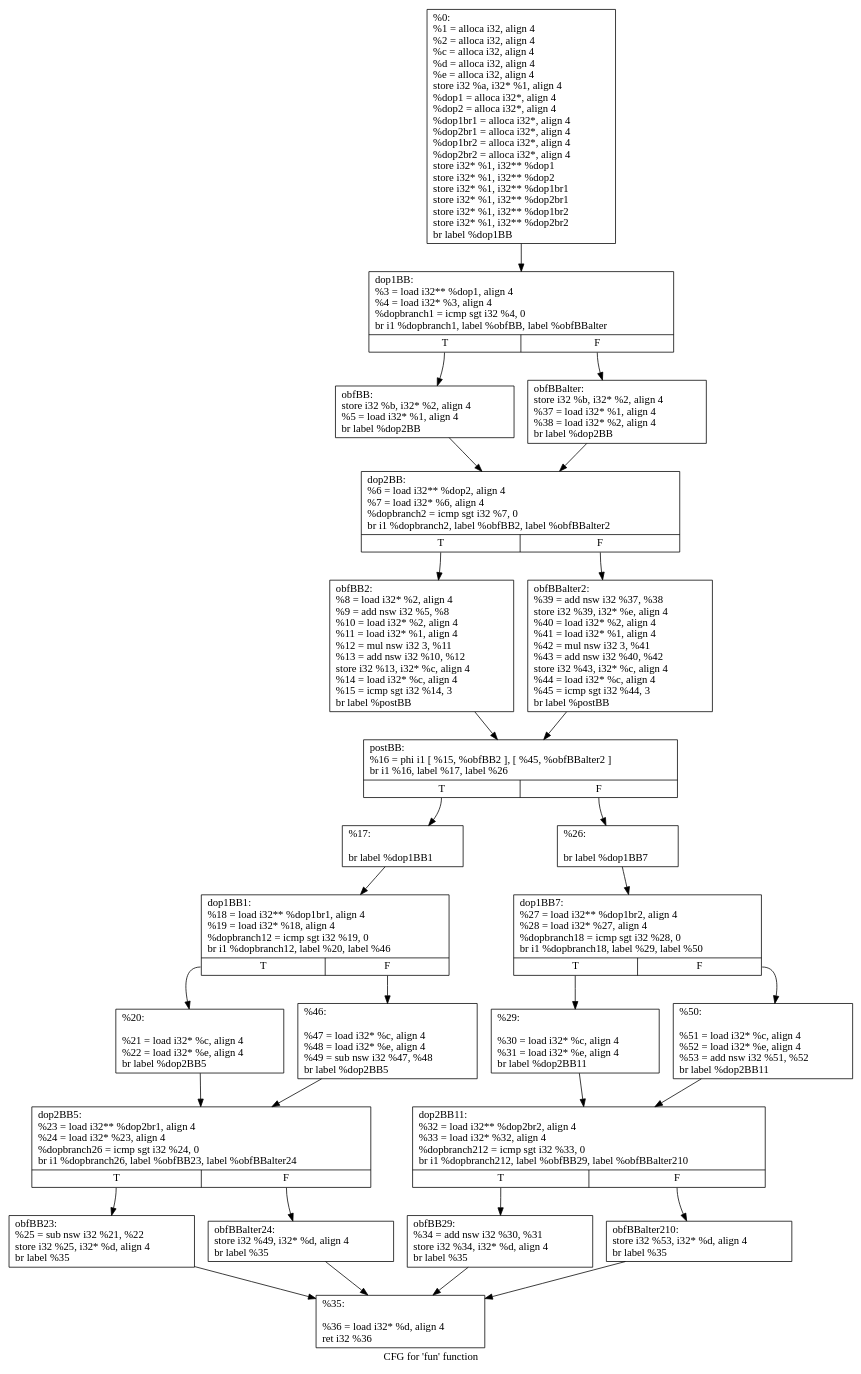
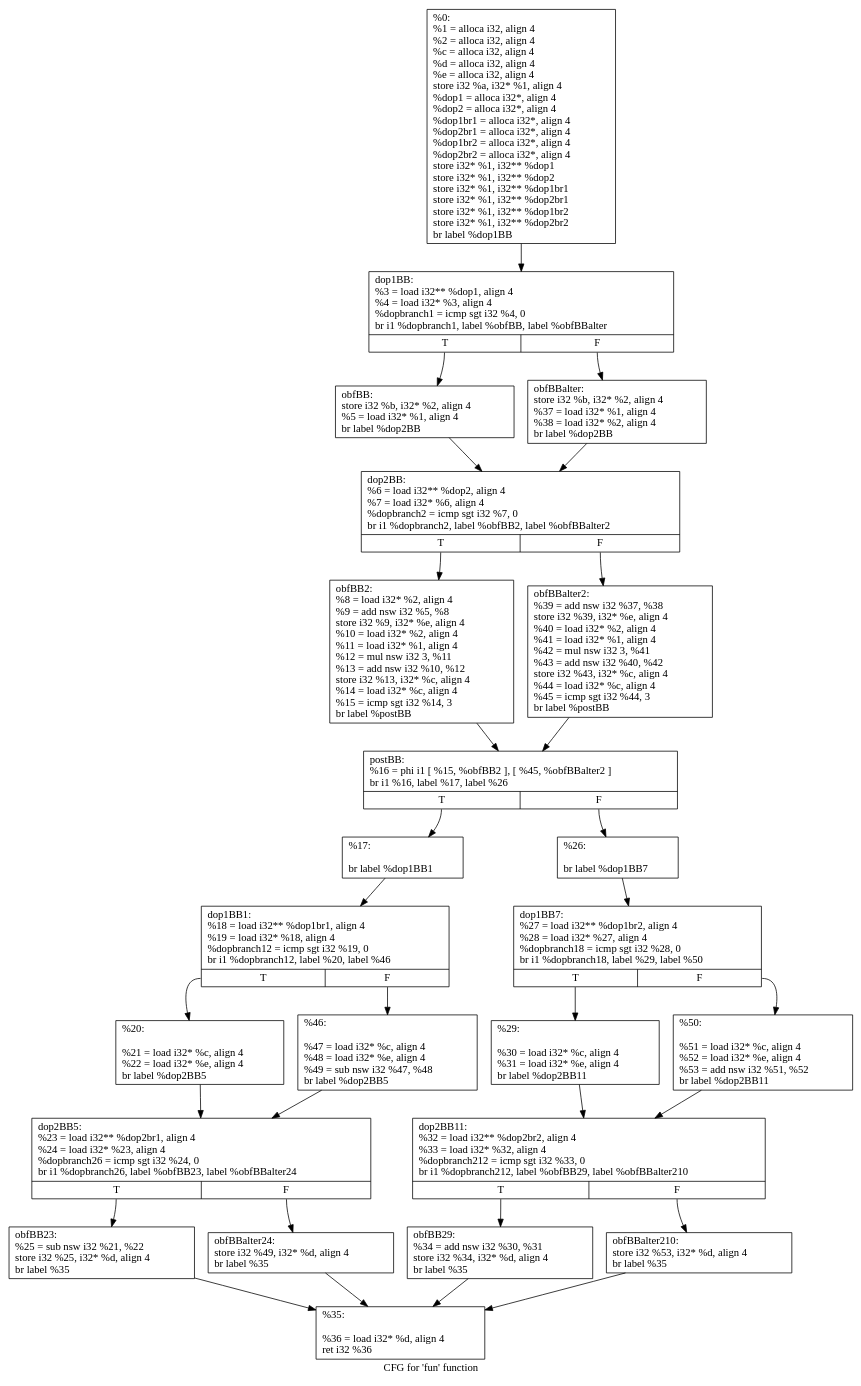
Before and after one commit to tinytinybird/obfuscator: the diagram in figure/br.fun.dot, drawn with Graphviz.

Commit message:
update figure

```diff
--- a/figure/br.fun.dot
+++ b/figure/br.fun.dot
@@ -1,56 +1,56 @@
 digraph "CFG for 'fun' function" {
 	label="CFG for 'fun' function";
 
-	Node0xa8c0f18 [shape=record,label="{%0:\l  %1 = alloca i32, align 4\l  %2 = alloca i32, align 4\l  %c = alloca i32, align 4\l  %d = alloca i32, align 4\l  %e = alloca i32, align 4\l  store i32 %a, i32* %1, align 4\l  %dop1 = alloca i32*, align 4\l  %dop2 = alloca i32*, align 4\l  %dop1br1 = alloca i32*, align 4\l  %dop2br1 = alloca i32*, align 4\l  %dop1br2 = alloca i32*, align 4\l  %dop2br2 = alloca i32*, align 4\l  store i32* %1, i32** %dop1\l  store i32* %1, i32** %dop2\l  store i32* %1, i32** %dop1br1\l  store i32* %1, i32** %dop2br1\l  store i32* %1, i32** %dop1br2\l  store i32* %1, i32** %dop2br2\l  br label %dop1BB\l}"];
-	Node0xa8c0f18 -> Node0xa8c0f48;
-	Node0xa8c0f48 [shape=record,label="{dop1BB:                                           \l  %3 = load i32** %dop1, align 4\l  %4 = load i32* %3, align 4\l  %dopbranch1 = icmp sgt i32 %4, 0\l  br i1 %dopbranch1, label %obfBB, label %obfBBalter\l|{<s0>T|<s1>F}}"];
-	Node0xa8c0f48:s0 -> Node0xa8c0f78;
-	Node0xa8c0f48:s1 -> Node0xa8c2d80;
-	Node0xa8c0f78 [shape=record,label="{obfBB:                                            \l  store i32 %b, i32* %2, align 4\l  %5 = load i32* %1, align 4\l  br label %dop2BB\l}"];
-	Node0xa8c0f78 -> Node0xa8c0fa8;
-	Node0xa8c0fa8 [shape=record,label="{dop2BB:                                           \l  %6 = load i32** %dop2, align 4\l  %7 = load i32* %6, align 4\l  %dopbranch2 = icmp sgt i32 %7, 0\l  br i1 %dopbranch2, label %obfBB2, label %obfBBalter2\l|{<s0>T|<s1>F}}"];
-	Node0xa8c0fa8:s0 -> Node0xa8c0fd8;
-	Node0xa8c0fa8:s1 -> Node0xa8c2db0;
-	Node0xa8c0fd8 [shape=record,label="{obfBB2:                                           \l  %8 = load i32* %2, align 4\l  %9 = add nsw i32 %5, %8\l  %10 = load i32* %2, align 4\l  %11 = load i32* %1, align 4\l  %12 = mul nsw i32 3, %11\l  %13 = add nsw i32 %10, %12\l  store i32 %13, i32* %c, align 4\l  %14 = load i32* %c, align 4\l  %15 = icmp sgt i32 %14, 3\l  br label %postBB\l}"];
-	Node0xa8c0fd8 -> Node0xa8c1008;
-	Node0xa8c1008 [shape=record,label="{postBB:                                           \l  %16 = phi i1 [ %15, %obfBB2 ], [ %45, %obfBBalter2 ]\l  br i1 %16, label %17, label %26\l|{<s0>T|<s1>F}}"];
-	Node0xa8c1008:s0 -> Node0xa8c0650;
-	Node0xa8c1008:s1 -> Node0xa8c0740;
-	Node0xa8c0650 [shape=record,label="{%17:\l\l  br label %dop1BB1\l}"];
-	Node0xa8c0650 -> Node0xa8c0680;
-	Node0xa8c0680 [shape=record,label="{dop1BB1:                                          \l  %18 = load i32** %dop1br1, align 4\l  %19 = load i32* %18, align 4\l  %dopbranch12 = icmp sgt i32 %19, 0\l  br i1 %dopbranch12, label %20, label %46\l|{<s0>T|<s1>F}}"];
-	Node0xa8c0680:s0 -> Node0xa8c06b0;
-	Node0xa8c0680:s1 -> Node0xa8c2de0;
-	Node0xa8c06b0 [shape=record,label="{%20:\l\l  %21 = load i32* %c, align 4\l  %22 = load i32* %e, align 4\l  br label %dop2BB5\l}"];
-	Node0xa8c06b0 -> Node0xa8c06e0;
-	Node0xa8c06e0 [shape=record,label="{dop2BB5:                                          \l  %23 = load i32** %dop2br1, align 4\l  %24 = load i32* %23, align 4\l  %dopbranch26 = icmp sgt i32 %24, 0\l  br i1 %dopbranch26, label %obfBB23, label %obfBBalter24\l|{<s0>T|<s1>F}}"];
-	Node0xa8c06e0:s0 -> Node0xa8c0710;
-	Node0xa8c06e0:s1 -> Node0xa8c2e10;
-	Node0xa8c0710 [shape=record,label="{obfBB23:                                          \l  %25 = sub nsw i32 %21, %22\l  store i32 %25, i32* %d, align 4\l  br label %35\l}"];
-	Node0xa8c0710 -> Node0xa8c2d50;
-	Node0xa8c0740 [shape=record,label="{%26:\l\l  br label %dop1BB7\l}"];
-	Node0xa8c0740 -> Node0xa8c0770;
-	Node0xa8c0770 [shape=record,label="{dop1BB7:                                          \l  %27 = load i32** %dop1br2, align 4\l  %28 = load i32* %27, align 4\l  %dopbranch18 = icmp sgt i32 %28, 0\l  br i1 %dopbranch18, label %29, label %50\l|{<s0>T|<s1>F}}"];
-	Node0xa8c0770:s0 -> Node0xa8c07a0;
-	Node0xa8c0770:s1 -> Node0xa8c2e40;
-	Node0xa8c07a0 [shape=record,label="{%29:\l\l  %30 = load i32* %c, align 4\l  %31 = load i32* %e, align 4\l  br label %dop2BB11\l}"];
-	Node0xa8c07a0 -> Node0xa8c07d0;
-	Node0xa8c07d0 [shape=record,label="{dop2BB11:                                         \l  %32 = load i32** %dop2br2, align 4\l  %33 = load i32* %32, align 4\l  %dopbranch212 = icmp sgt i32 %33, 0\l  br i1 %dopbranch212, label %obfBB29, label %obfBBalter210\l|{<s0>T|<s1>F}}"];
-	Node0xa8c07d0:s0 -> Node0xa8c2d20;
-	Node0xa8c07d0:s1 -> Node0xa8c2e70;
-	Node0xa8c2d20 [shape=record,label="{obfBB29:                                          \l  %34 = add nsw i32 %30, %31\l  store i32 %34, i32* %d, align 4\l  br label %35\l}"];
-	Node0xa8c2d20 -> Node0xa8c2d50;
-	Node0xa8c2d50 [shape=record,label="{%35:\l\l  %36 = load i32* %d, align 4\l  ret i32 %36\l}"];
-	Node0xa8c2d80 [shape=record,label="{obfBBalter:                                       \l  store i32 %b, i32* %2, align 4\l  %37 = load i32* %1, align 4\l  %38 = load i32* %2, align 4\l  br label %dop2BB\l}"];
-	Node0xa8c2d80 -> Node0xa8c0fa8;
-	Node0xa8c2db0 [shape=record,label="{obfBBalter2:                                      \l  %39 = add nsw i32 %37, %38\l  store i32 %39, i32* %e, align 4\l  %40 = load i32* %2, align 4\l  %41 = load i32* %1, align 4\l  %42 = mul nsw i32 3, %41\l  %43 = add nsw i32 %40, %42\l  store i32 %43, i32* %c, align 4\l  %44 = load i32* %c, align 4\l  %45 = icmp sgt i32 %44, 3\l  br label %postBB\l}"];
-	Node0xa8c2db0 -> Node0xa8c1008;
-	Node0xa8c2de0 [shape=record,label="{%46:\l\l  %47 = load i32* %c, align 4\l  %48 = load i32* %e, align 4\l  %49 = sub nsw i32 %47, %48\l  br label %dop2BB5\l}"];
-	Node0xa8c2de0 -> Node0xa8c06e0;
-	Node0xa8c2e10 [shape=record,label="{obfBBalter24:                                     \l  store i32 %49, i32* %d, align 4\l  br label %35\l}"];
-	Node0xa8c2e10 -> Node0xa8c2d50;
-	Node0xa8c2e40 [shape=record,label="{%50:\l\l  %51 = load i32* %c, align 4\l  %52 = load i32* %e, align 4\l  %53 = add nsw i32 %51, %52\l  br label %dop2BB11\l}"];
-	Node0xa8c2e40 -> Node0xa8c07d0;
-	Node0xa8c2e70 [shape=record,label="{obfBBalter210:                                    \l  store i32 %53, i32* %d, align 4\l  br label %35\l}"];
-	Node0xa8c2e70 -> Node0xa8c2d50;
+	Node0xa23cf20 [shape=record,label="{%0:\l  %1 = alloca i32, align 4\l  %2 = alloca i32, align 4\l  %c = alloca i32, align 4\l  %d = alloca i32, align 4\l  %e = alloca i32, align 4\l  store i32 %a, i32* %1, align 4\l  %dop1 = alloca i32*, align 4\l  %dop2 = alloca i32*, align 4\l  %dop1br1 = alloca i32*, align 4\l  %dop2br1 = alloca i32*, align 4\l  %dop1br2 = alloca i32*, align 4\l  %dop2br2 = alloca i32*, align 4\l  store i32* %1, i32** %dop1\l  store i32* %1, i32** %dop2\l  store i32* %1, i32** %dop1br1\l  store i32* %1, i32** %dop2br1\l  store i32* %1, i32** %dop1br2\l  store i32* %1, i32** %dop2br2\l  br label %dop1BB\l}"];
+	Node0xa23cf20 -> Node0xa23cf50;
+	Node0xa23cf50 [shape=record,label="{dop1BB:                                           \l  %3 = load i32** %dop1, align 4\l  %4 = load i32* %3, align 4\l  %dopbranch1 = icmp sgt i32 %4, 0\l  br i1 %dopbranch1, label %obfBB, label %obfBBalter\l|{<s0>T|<s1>F}}"];
+	Node0xa23cf50:s0 -> Node0xa23cf80;
+	Node0xa23cf50:s1 -> Node0xa23ed88;
+	Node0xa23cf80 [shape=record,label="{obfBB:                                            \l  store i32 %b, i32* %2, align 4\l  %5 = load i32* %1, align 4\l  br label %dop2BB\l}"];
+	Node0xa23cf80 -> Node0xa23cfb0;
+	Node0xa23cfb0 [shape=record,label="{dop2BB:                                           \l  %6 = load i32** %dop2, align 4\l  %7 = load i32* %6, align 4\l  %dopbranch2 = icmp sgt i32 %7, 0\l  br i1 %dopbranch2, label %obfBB2, label %obfBBalter2\l|{<s0>T|<s1>F}}"];
+	Node0xa23cfb0:s0 -> Node0xa23cfe0;
+	Node0xa23cfb0:s1 -> Node0xa23edb8;
+	Node0xa23cfe0 [shape=record,label="{obfBB2:                                           \l  %8 = load i32* %2, align 4\l  %9 = add nsw i32 %5, %8\l  store i32 %9, i32* %e, align 4\l  %10 = load i32* %2, align 4\l  %11 = load i32* %1, align 4\l  %12 = mul nsw i32 3, %11\l  %13 = add nsw i32 %10, %12\l  store i32 %13, i32* %c, align 4\l  %14 = load i32* %c, align 4\l  %15 = icmp sgt i32 %14, 3\l  br label %postBB\l}"];
+	Node0xa23cfe0 -> Node0xa23d010;
+	Node0xa23d010 [shape=record,label="{postBB:                                           \l  %16 = phi i1 [ %15, %obfBB2 ], [ %45, %obfBBalter2 ]\l  br i1 %16, label %17, label %26\l|{<s0>T|<s1>F}}"];
+	Node0xa23d010:s0 -> Node0xa23c658;
+	Node0xa23d010:s1 -> Node0xa23c748;
+	Node0xa23c658 [shape=record,label="{%17:\l\l  br label %dop1BB1\l}"];
+	Node0xa23c658 -> Node0xa23c688;
+	Node0xa23c688 [shape=record,label="{dop1BB1:                                          \l  %18 = load i32** %dop1br1, align 4\l  %19 = load i32* %18, align 4\l  %dopbranch12 = icmp sgt i32 %19, 0\l  br i1 %dopbranch12, label %20, label %46\l|{<s0>T|<s1>F}}"];
+	Node0xa23c688:s0 -> Node0xa23c6b8;
+	Node0xa23c688:s1 -> Node0xa23ede8;
+	Node0xa23c6b8 [shape=record,label="{%20:\l\l  %21 = load i32* %c, align 4\l  %22 = load i32* %e, align 4\l  br label %dop2BB5\l}"];
+	Node0xa23c6b8 -> Node0xa23c6e8;
+	Node0xa23c6e8 [shape=record,label="{dop2BB5:                                          \l  %23 = load i32** %dop2br1, align 4\l  %24 = load i32* %23, align 4\l  %dopbranch26 = icmp sgt i32 %24, 0\l  br i1 %dopbranch26, label %obfBB23, label %obfBBalter24\l|{<s0>T|<s1>F}}"];
+	Node0xa23c6e8:s0 -> Node0xa23c718;
+	Node0xa23c6e8:s1 -> Node0xa23ee18;
+	Node0xa23c718 [shape=record,label="{obfBB23:                                          \l  %25 = sub nsw i32 %21, %22\l  store i32 %25, i32* %d, align 4\l  br label %35\l}"];
+	Node0xa23c718 -> Node0xa23ed58;
+	Node0xa23c748 [shape=record,label="{%26:\l\l  br label %dop1BB7\l}"];
+	Node0xa23c748 -> Node0xa23c778;
+	Node0xa23c778 [shape=record,label="{dop1BB7:                                          \l  %27 = load i32** %dop1br2, align 4\l  %28 = load i32* %27, align 4\l  %dopbranch18 = icmp sgt i32 %28, 0\l  br i1 %dopbranch18, label %29, label %50\l|{<s0>T|<s1>F}}"];
+	Node0xa23c778:s0 -> Node0xa23c7a8;
+	Node0xa23c778:s1 -> Node0xa23ee48;
+	Node0xa23c7a8 [shape=record,label="{%29:\l\l  %30 = load i32* %c, align 4\l  %31 = load i32* %e, align 4\l  br label %dop2BB11\l}"];
+	Node0xa23c7a8 -> Node0xa23c7d8;
+	Node0xa23c7d8 [shape=record,label="{dop2BB11:                                         \l  %32 = load i32** %dop2br2, align 4\l  %33 = load i32* %32, align 4\l  %dopbranch212 = icmp sgt i32 %33, 0\l  br i1 %dopbranch212, label %obfBB29, label %obfBBalter210\l|{<s0>T|<s1>F}}"];
+	Node0xa23c7d8:s0 -> Node0xa23ed28;
+	Node0xa23c7d8:s1 -> Node0xa23ee78;
+	Node0xa23ed28 [shape=record,label="{obfBB29:                                          \l  %34 = add nsw i32 %30, %31\l  store i32 %34, i32* %d, align 4\l  br label %35\l}"];
+	Node0xa23ed28 -> Node0xa23ed58;
+	Node0xa23ed58 [shape=record,label="{%35:\l\l  %36 = load i32* %d, align 4\l  ret i32 %36\l}"];
+	Node0xa23ed88 [shape=record,label="{obfBBalter:                                       \l  store i32 %b, i32* %2, align 4\l  %37 = load i32* %1, align 4\l  %38 = load i32* %2, align 4\l  br label %dop2BB\l}"];
+	Node0xa23ed88 -> Node0xa23cfb0;
+	Node0xa23edb8 [shape=record,label="{obfBBalter2:                                      \l  %39 = add nsw i32 %37, %38\l  store i32 %39, i32* %e, align 4\l  %40 = load i32* %2, align 4\l  %41 = load i32* %1, align 4\l  %42 = mul nsw i32 3, %41\l  %43 = add nsw i32 %40, %42\l  store i32 %43, i32* %c, align 4\l  %44 = load i32* %c, align 4\l  %45 = icmp sgt i32 %44, 3\l  br label %postBB\l}"];
+	Node0xa23edb8 -> Node0xa23d010;
+	Node0xa23ede8 [shape=record,label="{%46:\l\l  %47 = load i32* %c, align 4\l  %48 = load i32* %e, align 4\l  %49 = sub nsw i32 %47, %48\l  br label %dop2BB5\l}"];
+	Node0xa23ede8 -> Node0xa23c6e8;
+	Node0xa23ee18 [shape=record,label="{obfBBalter24:                                     \l  store i32 %49, i32* %d, align 4\l  br label %35\l}"];
+	Node0xa23ee18 -> Node0xa23ed58;
+	Node0xa23ee48 [shape=record,label="{%50:\l\l  %51 = load i32* %c, align 4\l  %52 = load i32* %e, align 4\l  %53 = add nsw i32 %51, %52\l  br label %dop2BB11\l}"];
+	Node0xa23ee48 -> Node0xa23c7d8;
+	Node0xa23ee78 [shape=record,label="{obfBBalter210:                                    \l  store i32 %53, i32* %d, align 4\l  br label %35\l}"];
+	Node0xa23ee78 -> Node0xa23ed58;
 }
```
